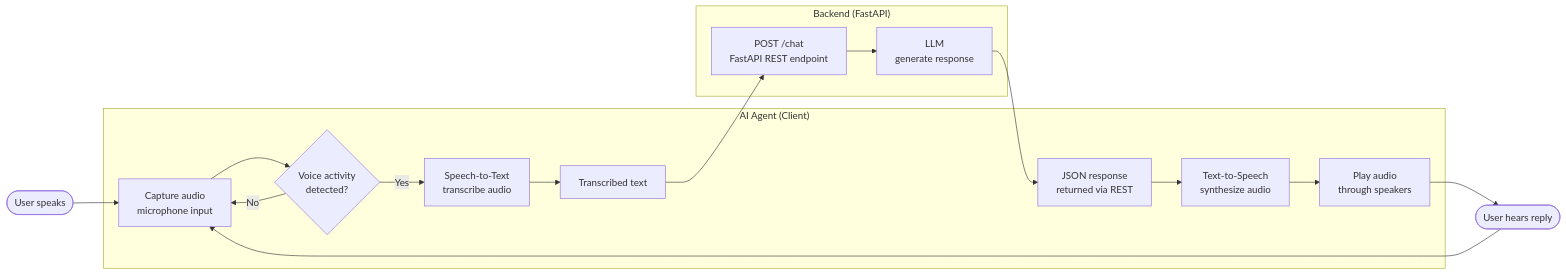
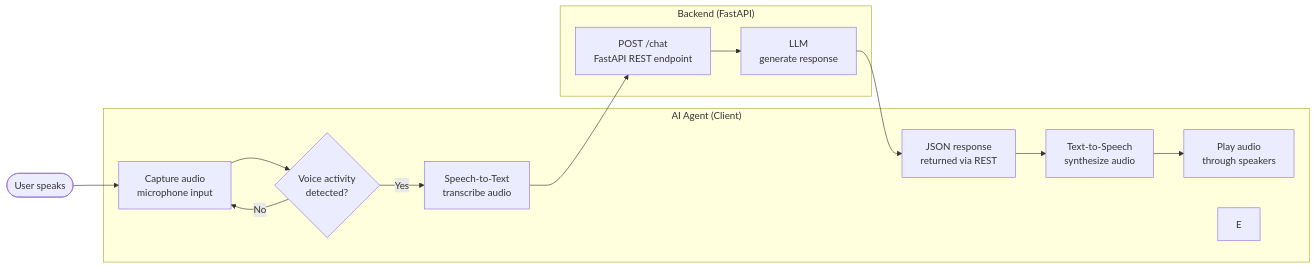
One commit to CREUZEDorian/intelligent-agent changed the diagram in ai-agent-flow-detailed.md. Above: the diagram before and after it, drawn with Mermaid.

````diff
--- a/ai-agent-flow-detailed.md
+++ b/ai-agent-flow-detailed.md
@@ -1,30 +1,27 @@
 ```mermaid
 flowchart LR
     A([User speaks]) --> B[Capture audio<br/>microphone input]
     B --> C{Voice activity<br/>detected?}
     C -- No --> B
     C -- Yes --> D[Speech-to-Text<br/>transcribe audio]
-    D --> E[Transcribed text]
-    E --> F[POST /chat<br/>FastAPI REST endpoint]
+    D --> F[POST /chat<br/>FastAPI REST endpoint]
     F --> G[LLM<br/>generate response]
     G --> H[JSON response<br/>returned via REST]
     H --> I[Text-to-Speech<br/>synthesize audio]
     I --> J[Play audio<br/>through speakers]
-    J --> K([User hears reply])
-    K --> B
 
     subgraph Client["AI Agent (Client)"]
         B
         C
         D
         E
         H
         I
         J
     end
 
     subgraph Server["Backend (FastAPI)"]
         F
         G
     end
 ```
````
